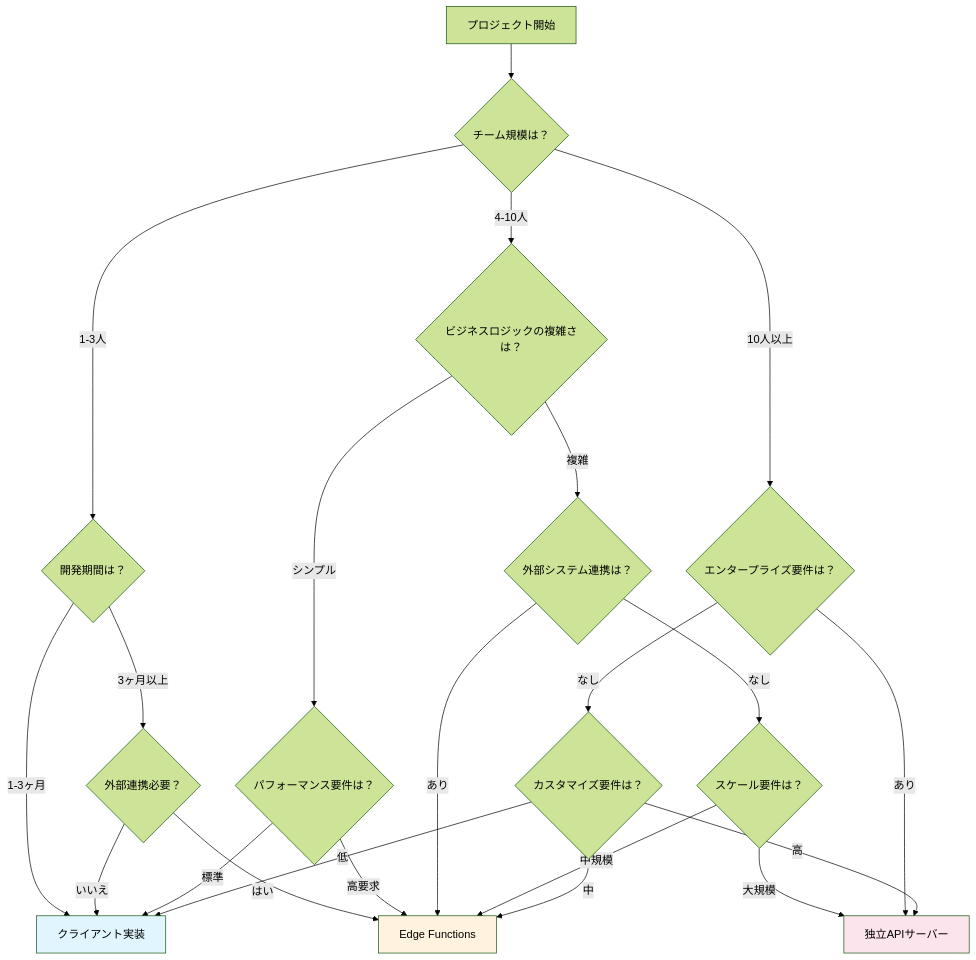
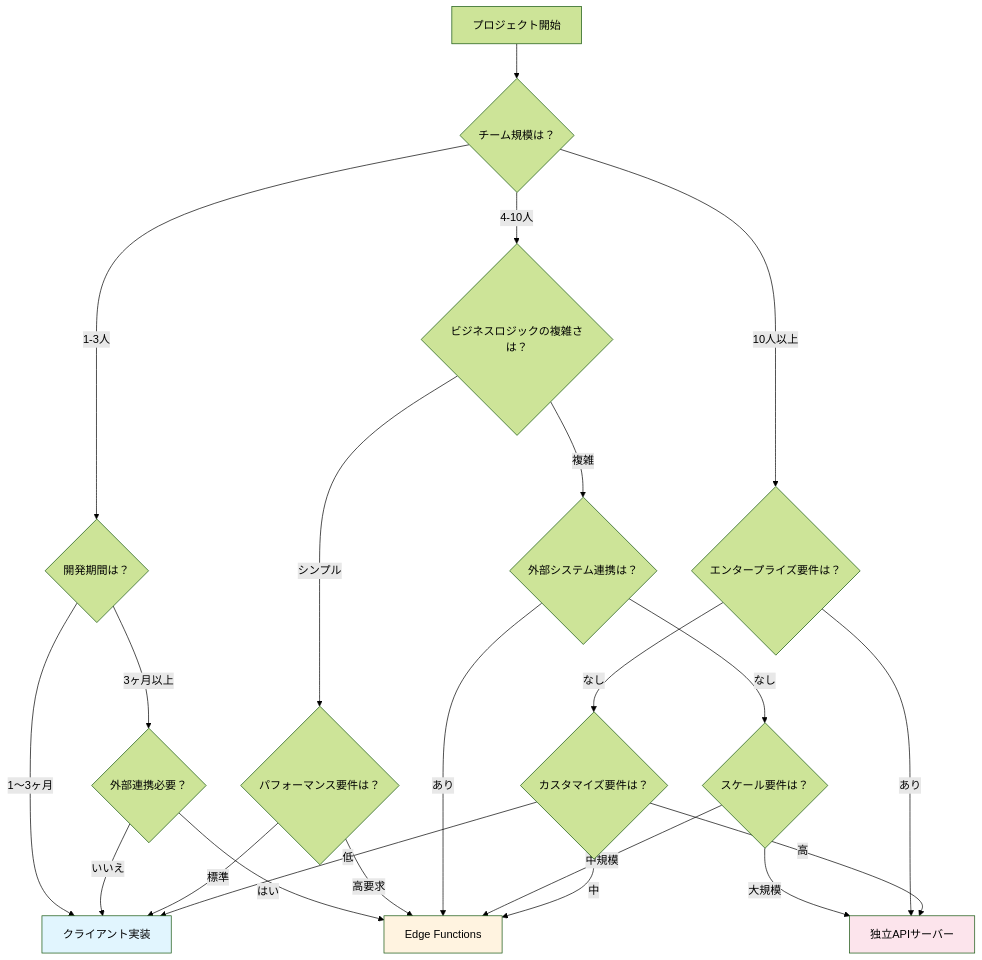
One commit to itdojp/supabase-architecture-patterns-book changed the diagram in docs/guides/pattern-selection/index.md. Above: the diagram before and after it, drawn with Mermaid (forest theme). The commit also changed other lines of this file and 30 other files, not shown here.

````diff
--- a/docs/guides/pattern-selection/index.md
+++ b/docs/guides/pattern-selection/index.md
@@ -23,37 +23,37 @@
 ```mermaid
 graph TD
     A[プロジェクト開始] --> B{チーム規模は？}
     
     B -->|1-3人| C{開発期間は？}
     B -->|4-10人| D{ビジネスロジックの複雑さは？}
     B -->|10人以上| E{エンタープライズ要件は？}
     
-    C -->|1-3ヶ月| F[クライアント実装]
+    C -->|1〜3ヶ月| F[クライアント実装]
     C -->|3ヶ月以上| G{外部連携必要？}
     
     G -->|はい| H[Edge Functions]
     G -->|いいえ| F
     
     D -->|シンプル| I{パフォーマンス要件は？}
     D -->|複雑| J{外部システム連携は？}
     
     I -->|標準| F
     I -->|高要求| H
     
     J -->|あり| H
     J -->|なし| K{スケール要件は？}
     
     K -->|中規模| H
     K -->|大規模| L[独立APIサーバー]
     
     E -->|あり| L
     E -->|なし| M{カスタマイズ要件は？}
     
     M -->|高| L
     M -->|中| H
     M -->|低| F
     
     style F fill:#e1f5fe
     style H fill:#fff3e0  
     style L fill:#fce4ec
 ```
````
